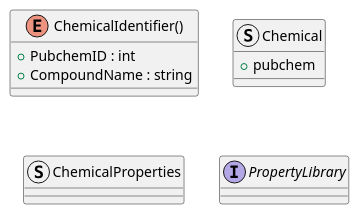
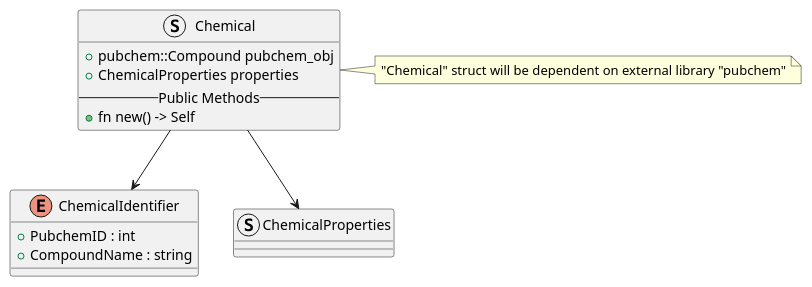
One commit to OSCPS-Project/OSCPS-UML changed the diagram in properties-module/properties-module.puml. Above: the diagram before and after it, drawn with PlantUML. The commit also changed 12 other files, not shown here.

```diff
--- a/properties-module/properties-module.puml
+++ b/properties-module/properties-module.puml
@@ -1,16 +1,25 @@
 @startuml properties_module_class_diagram
     
-enum ChemicalIdentifier() {
+enum ChemicalIdentifier {
     + PubchemID : int
     + CompoundName : string
 }
 
 Struct Chemical {
-    + pubchem
+    + pubchem::Compound pubchem_obj
+    + ChemicalProperties properties
+    --Public Methods--
+    + fn new() -> Self
 }
+
+note right of Chemical
+  "Chemical" struct will be dependent on external library "pubchem"
+end note
+
 
 Struct ChemicalProperties {}
 
-Interface PropertyLibrary {}
+Chemical --> ChemicalProperties
+Chemical --> ChemicalIdentifier
 
 @enduml
```
